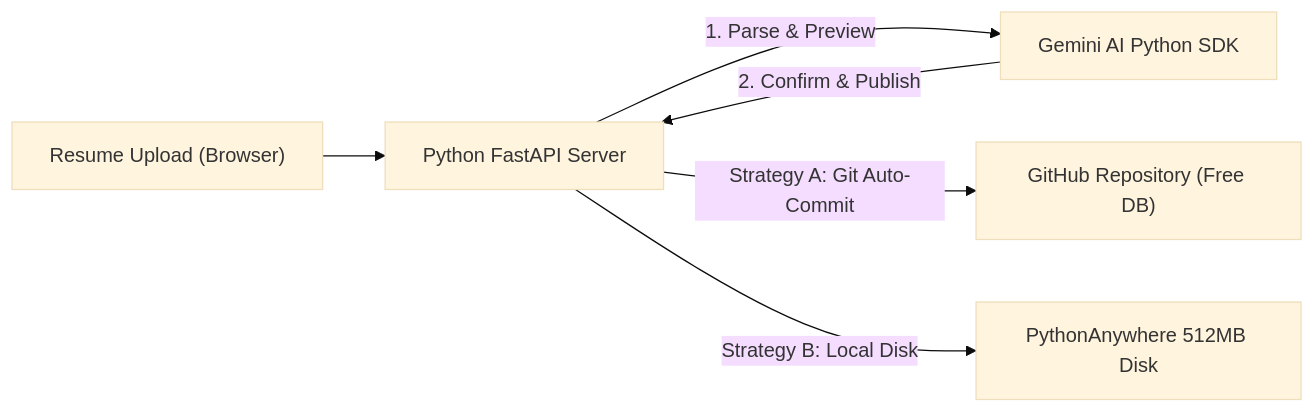
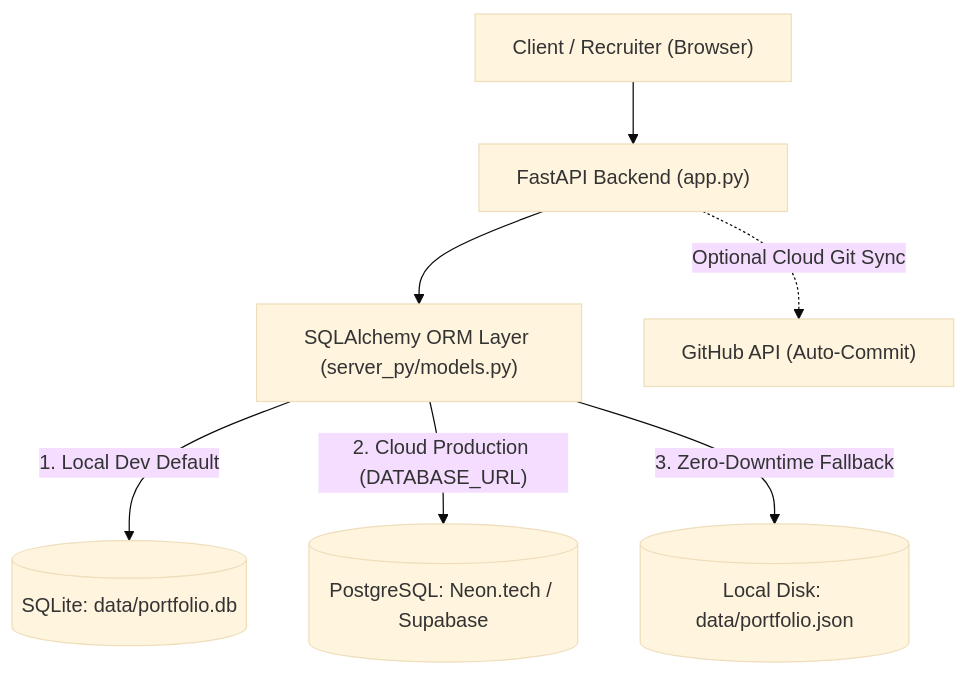
Before and after one commit to alam292/Protfolio: the diagram in CLOUD_HOSTING_PLAN.md, drawn with Mermaid (base theme). The commit also changed other lines of this file and 4 other files, not shown here.

Commit message:
feat: implement dual-engine SQLAlchemy database architecture with SQLite and cloud fallback support

````diff
--- a/CLOUD_HOSTING_PLAN.md
+++ b/CLOUD_HOSTING_PLAN.md
@@ -41,8 +41,11 @@
 ```mermaid
-flowchart LR
-    A["Resume Upload (Browser)"] --> B["Python FastAPI Server"]
-    B -->|"1. Parse & Preview"| C["Gemini AI Python SDK"]
-    C -->|"2. Confirm & Publish"| B
-    B -->|"Strategy A: Git Auto-Commit"| D["GitHub Repository (Free DB)"]
-    B -->|"Strategy B: Local Disk"| E["PythonAnywhere 512MB Disk"]
+flowchart TD
+    Client["Client / Recruiter (Browser)"] --> API["FastAPI Backend (app.py)"]
+    API --> ORM["SQLAlchemy ORM Layer (server_py/models.py)"]
+    
+    ORM -->|"1. Local Dev Default"| SQLite[("SQLite: data/portfolio.db")]
+    ORM -->|"2. Cloud Production (DATABASE_URL)"| CloudDB[("PostgreSQL: Neon.tech / Supabase")]
+    ORM -->|"3. Zero-Downtime Fallback"| LocalFile[("Local Disk: data/portfolio.json")]
+    
+    API -.->|"Optional Cloud Git Sync"| GH["GitHub API (Auto-Commit)"]
 ```
````
